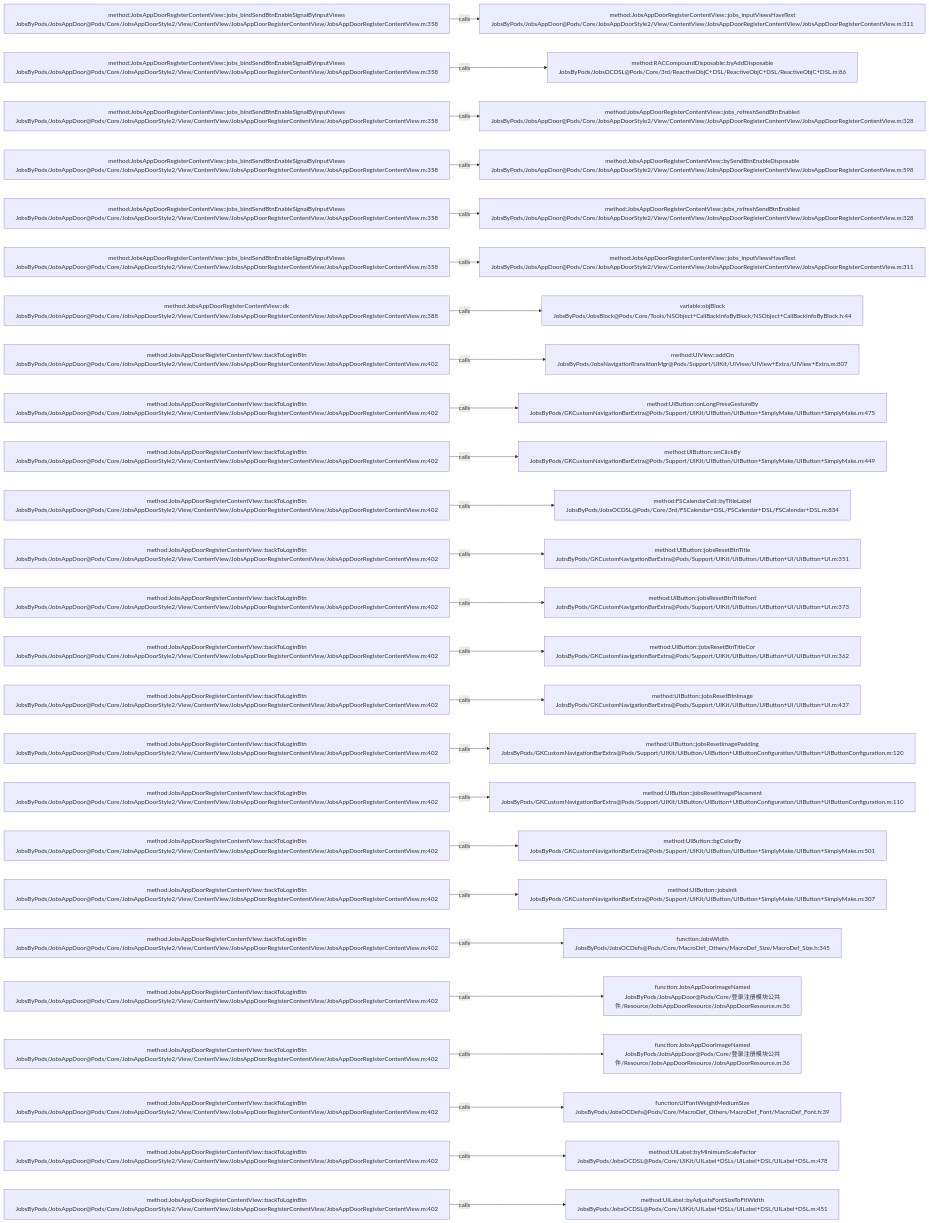
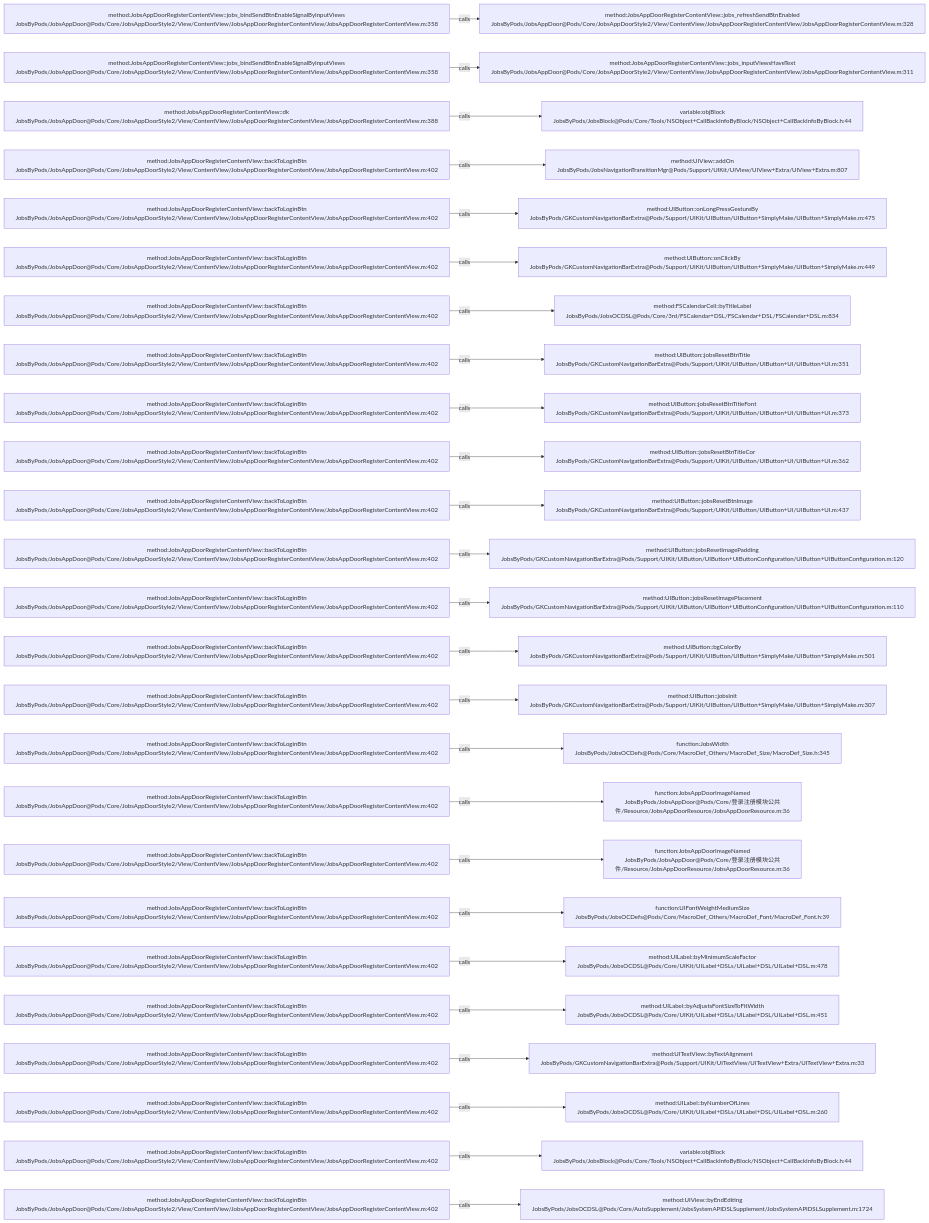
Before and after one commit to JobsKits/JobsOCBaseConfigDemo: the diagram in .codegraph/codegraph.md/graphs/calls-129.md, drawn with Mermaid. The commit also changed 116 other files, not shown here.

````diff
--- a/.codegraph/codegraph.md/graphs/calls-129.md
+++ b/.codegraph/codegraph.md/graphs/calls-129.md
@@ -13,78 +13,78 @@
 ```mermaid
 flowchart LR
   S1["method:JobsAppDoorRegisterContentView::jobs_bindSendBtnEnableSignalByInputViews<br/>JobsByPods/JobsAppDoor@Pods/Core/JobsAppDoorStyle2/View/ContentView/JobsAppDoorRegisterContentView/JobsAppDoorRegisterContentView.m:358"]
-  T1["method:JobsAppDoorRegisterContentView::jobs_inputViewsHaveText<br/>JobsByPods/JobsAppDoor@Pods/Core/JobsAppDoorStyle2/View/ContentView/JobsAppDoorRegisterContentView/JobsAppDoorRegisterContentView.m:311"]
+  T1["method:JobsAppDoorRegisterContentView::jobs_refreshSendBtnEnabled<br/>JobsByPods/JobsAppDoor@Pods/Core/JobsAppDoorStyle2/View/ContentView/JobsAppDoorRegisterContentView/JobsAppDoorRegisterContentView.m:328"]
   S1 -->|calls| T1
   S2["method:JobsAppDoorRegisterContentView::jobs_bindSendBtnEnableSignalByInputViews<br/>JobsByPods/JobsAppDoor@Pods/Core/JobsAppDoorStyle2/View/ContentView/JobsAppDoorRegisterContentView/JobsAppDoorRegisterContentView.m:358"]
-  T2["method:RACCompoundDisposable::byAddDisposable<br/>JobsByPods/JobsOCDSL@Pods/Core/3rd/ReactiveObjC+DSL/ReactiveObjC+DSL/ReactiveObjC+DSL.m:86"]
+  T2["method:JobsAppDoorRegisterContentView::jobs_inputViewsHaveText<br/>JobsByPods/JobsAppDoor@Pods/Core/JobsAppDoorStyle2/View/ContentView/JobsAppDoorRegisterContentView/JobsAppDoorRegisterContentView.m:311"]
   S2 -->|calls| T2
-  S3["method:JobsAppDoorRegisterContentView::jobs_bindSendBtnEnableSignalByInputViews<br/>JobsByPods/JobsAppDoor@Pods/Core/JobsAppDoorStyle2/View/ContentView/JobsAppDoorRegisterContentView/JobsAppDoorRegisterContentView.m:358"]
-  T3["method:JobsAppDoorRegisterContentView::jobs_refreshSendBtnEnabled<br/>JobsByPods/JobsAppDoor@Pods/Core/JobsAppDoorStyle2/View/ContentView/JobsAppDoorRegisterContentView/JobsAppDoorRegisterContentView.m:328"]
+  S3["method:JobsAppDoorRegisterContentView::dk<br/>JobsByPods/JobsAppDoor@Pods/Core/JobsAppDoorStyle2/View/ContentView/JobsAppDoorRegisterContentView/JobsAppDoorRegisterContentView.m:388"]
+  T3["variable:objBlock<br/>JobsByPods/JobsBlock@Pods/Core/Tools/NSObject+CallBackInfoByBlock/NSObject+CallBackInfoByBlock.h:44"]
   S3 -->|calls| T3
-  S4["method:JobsAppDoorRegisterContentView::jobs_bindSendBtnEnableSignalByInputViews<br/>JobsByPods/JobsAppDoor@Pods/Core/JobsAppDoorStyle2/View/ContentView/JobsAppDoorRegisterContentView/JobsAppDoorRegisterContentView.m:358"]
-  T4["method:JobsAppDoorRegisterContentView::bySendBtnEnableDisposable<br/>JobsByPods/JobsAppDoor@Pods/Core/JobsAppDoorStyle2/View/ContentView/JobsAppDoorRegisterContentView/JobsAppDoorRegisterContentView.m:598"]
+  S4["method:JobsAppDoorRegisterContentView::backToLoginBtn<br/>JobsByPods/JobsAppDoor@Pods/Core/JobsAppDoorStyle2/View/ContentView/JobsAppDoorRegisterContentView/JobsAppDoorRegisterContentView.m:402"]
+  T4["method:UIView::addOn<br/>JobsByPods/JobsNavigationTransitionMgr@Pods/Support/UIKit/UIView/UIView+Extra/UIView+Extra.m:807"]
   S4 -->|calls| T4
-  S5["method:JobsAppDoorRegisterContentView::jobs_bindSendBtnEnableSignalByInputViews<br/>JobsByPods/JobsAppDoor@Pods/Core/JobsAppDoorStyle2/View/ContentView/JobsAppDoorRegisterContentView/JobsAppDoorRegisterContentView.m:358"]
-  T5["method:JobsAppDoorRegisterContentView::jobs_refreshSendBtnEnabled<br/>JobsByPods/JobsAppDoor@Pods/Core/JobsAppDoorStyle2/View/ContentView/JobsAppDoorRegisterContentView/JobsAppDoorRegisterContentView.m:328"]
+  S5["method:JobsAppDoorRegisterContentView::backToLoginBtn<br/>JobsByPods/JobsAppDoor@Pods/Core/JobsAppDoorStyle2/View/ContentView/JobsAppDoorRegisterContentView/JobsAppDoorRegisterContentView.m:402"]
+  T5["method:UIButton::onLongPressGestureBy<br/>JobsByPods/GKCustomNavigationBarExtra@Pods/Support/UIKit/UIButton/UIButton+SimplyMake/UIButton+SimplyMake.m:475"]
   S5 -->|calls| T5
-  S6["method:JobsAppDoorRegisterContentView::jobs_bindSendBtnEnableSignalByInputViews<br/>JobsByPods/JobsAppDoor@Pods/Core/JobsAppDoorStyle2/View/ContentView/JobsAppDoorRegisterContentView/JobsAppDoorRegisterContentView.m:358"]
-  T6["method:JobsAppDoorRegisterContentView::jobs_inputViewsHaveText<br/>JobsByPods/JobsAppDoor@Pods/Core/JobsAppDoorStyle2/View/ContentView/JobsAppDoorRegisterContentView/JobsAppDoorRegisterContentView.m:311"]
+  S6["method:JobsAppDoorRegisterContentView::backToLoginBtn<br/>JobsByPods/JobsAppDoor@Pods/Core/JobsAppDoorStyle2/View/ContentView/JobsAppDoorRegisterContentView/JobsAppDoorRegisterContentView.m:402"]
+  T6["method:UIButton::onClickBy<br/>JobsByPods/GKCustomNavigationBarExtra@Pods/Support/UIKit/UIButton/UIButton+SimplyMake/UIButton+SimplyMake.m:449"]
   S6 -->|calls| T6
-  S7["method:JobsAppDoorRegisterContentView::dk<br/>JobsByPods/JobsAppDoor@Pods/Core/JobsAppDoorStyle2/View/ContentView/JobsAppDoorRegisterContentView/JobsAppDoorRegisterContentView.m:388"]
-  T7["variable:objBlock<br/>JobsByPods/JobsBlock@Pods/Core/Tools/NSObject+CallBackInfoByBlock/NSObject+CallBackInfoByBlock.h:44"]
+  S7["method:JobsAppDoorRegisterContentView::backToLoginBtn<br/>JobsByPods/JobsAppDoor@Pods/Core/JobsAppDoorStyle2/View/ContentView/JobsAppDoorRegisterContentView/JobsAppDoorRegisterContentView.m:402"]
+  T7["method:FSCalendarCell::byTitleLabel<br/>JobsByPods/JobsOCDSL@Pods/Core/3rd/FSCalendar+DSL/FSCalendar+DSL/FSCalendar+DSL.m:834"]
   S7 -->|calls| T7
   S8["method:JobsAppDoorRegisterContentView::backToLoginBtn<br/>JobsByPods/JobsAppDoor@Pods/Core/JobsAppDoorStyle2/View/ContentView/JobsAppDoorRegisterContentView/JobsAppDoorRegisterContentView.m:402"]
-  T8["method:UIView::addOn<br/>JobsByPods/JobsNavigationTransitionMgr@Pods/Support/UIKit/UIView/UIView+Extra/UIView+Extra.m:807"]
+  T8["method:UIButton::jobsResetBtnTitle<br/>JobsByPods/GKCustomNavigationBarExtra@Pods/Support/UIKit/UIButton/UIButton+UI/UIButton+UI.m:351"]
   S8 -->|calls| T8
   S9["method:JobsAppDoorRegisterContentView::backToLoginBtn<br/>JobsByPods/JobsAppDoor@Pods/Core/JobsAppDoorStyle2/View/ContentView/JobsAppDoorRegisterContentView/JobsAppDoorRegisterContentView.m:402"]
-  T9["method:UIButton::onLongPressGestureBy<br/>JobsByPods/GKCustomNavigationBarExtra@Pods/Support/UIKit/UIButton/UIButton+SimplyMake/UIButton+SimplyMake.m:475"]
+  T9["method:UIButton::jobsResetBtnTitleFont<br/>JobsByPods/GKCustomNavigationBarExtra@Pods/Support/UIKit/UIButton/UIButton+UI/UIButton+UI.m:373"]
   S9 -->|calls| T9
   S10["method:JobsAppDoorRegisterContentView::backToLoginBtn<br/>JobsByPods/JobsAppDoor@Pods/Core/JobsAppDoorStyle2/View/ContentView/JobsAppDoorRegisterContentView/JobsAppDoorRegisterContentView.m:402"]
-  T10["method:UIButton::onClickBy<br/>JobsByPods/GKCustomNavigationBarExtra@Pods/Support/UIKit/UIButton/UIButton+SimplyMake/UIButton+SimplyMake.m:449"]
+  T10["method:UIButton::jobsResetBtnTitleCor<br/>JobsByPods/GKCustomNavigationBarExtra@Pods/Support/UIKit/UIButton/UIButton+UI/UIButton+UI.m:362"]
   S10 -->|calls| T10
   S11["method:JobsAppDoorRegisterContentView::backToLoginBtn<br/>JobsByPods/JobsAppDoor@Pods/Core/JobsAppDoorStyle2/View/ContentView/JobsAppDoorRegisterContentView/JobsAppDoorRegisterContentView.m:402"]
-  T11["method:FSCalendarCell::byTitleLabel<br/>JobsByPods/JobsOCDSL@Pods/Core/3rd/FSCalendar+DSL/FSCalendar+DSL/FSCalendar+DSL.m:834"]
+  T11["method:UIButton::jobsResetBtnImage<br/>JobsByPods/GKCustomNavigationBarExtra@Pods/Support/UIKit/UIButton/UIButton+UI/UIButton+UI.m:437"]
   S11 -->|calls| T11
   S12["method:JobsAppDoorRegisterContentView::backToLoginBtn<br/>JobsByPods/JobsAppDoor@Pods/Core/JobsAppDoorStyle2/View/ContentView/JobsAppDoorRegisterContentView/JobsAppDoorRegisterContentView.m:402"]
-  T12["method:UIButton::jobsResetBtnTitle<br/>JobsByPods/GKCustomNavigationBarExtra@Pods/Support/UIKit/UIButton/UIButton+UI/UIButton+UI.m:351"]
+  T12["method:UIButton::jobsResetImagePadding<br/>JobsByPods/GKCustomNavigationBarExtra@Pods/Support/UIKit/UIButton/UIButton+UIButtonConfiguration/UIButton+UIButtonConfiguration.m:120"]
   S12 -->|calls| T12
   S13["method:JobsAppDoorRegisterContentView::backToLoginBtn<br/>JobsByPods/JobsAppDoor@Pods/Core/JobsAppDoorStyle2/View/ContentView/JobsAppDoorRegisterContentView/JobsAppDoorRegisterContentView.m:402"]
-  T13["method:UIButton::jobsResetBtnTitleFont<br/>JobsByPods/GKCustomNavigationBarExtra@Pods/Support/UIKit/UIButton/UIButton+UI/UIButton+UI.m:373"]
+  T13["method:UIButton::jobsResetImagePlacement<br/>JobsByPods/GKCustomNavigationBarExtra@Pods/Support/UIKit/UIButton/UIButton+UIButtonConfiguration/UIButton+UIButtonConfiguration.m:110"]
   S13 -->|calls| T13
   S14["method:JobsAppDoorRegisterContentView::backToLoginBtn<br/>JobsByPods/JobsAppDoor@Pods/Core/JobsAppDoorStyle2/View/ContentView/JobsAppDoorRegisterContentView/JobsAppDoorRegisterContentView.m:402"]
-  T14["method:UIButton::jobsResetBtnTitleCor<br/>JobsByPods/GKCustomNavigationBarExtra@Pods/Support/UIKit/UIButton/UIButton+UI/UIButton+UI.m:362"]
+  T14["method:UIButton::bgColorBy<br/>JobsByPods/GKCustomNavigationBarExtra@Pods/Support/UIKit/UIButton/UIButton+SimplyMake/UIButton+SimplyMake.m:501"]
   S14 -->|calls| T14
   S15["method:JobsAppDoorRegisterContentView::backToLoginBtn<br/>JobsByPods/JobsAppDoor@Pods/Core/JobsAppDoorStyle2/View/ContentView/JobsAppDoorRegisterContentView/JobsAppDoorRegisterContentView.m:402"]
-  T15["method:UIButton::jobsResetBtnImage<br/>JobsByPods/GKCustomNavigationBarExtra@Pods/Support/UIKit/UIButton/UIButton+UI/UIButton+UI.m:437"]
+  T15["method:UIButton::jobsInit<br/>JobsByPods/GKCustomNavigationBarExtra@Pods/Support/UIKit/UIButton/UIButton+SimplyMake/UIButton+SimplyMake.m:307"]
   S15 -->|calls| T15
   S16["method:JobsAppDoorRegisterContentView::backToLoginBtn<br/>JobsByPods/JobsAppDoor@Pods/Core/JobsAppDoorStyle2/View/ContentView/JobsAppDoorRegisterContentView/JobsAppDoorRegisterContentView.m:402"]
-  T16["method:UIButton::jobsResetImagePadding<br/>JobsByPods/GKCustomNavigationBarExtra@Pods/Support/UIKit/UIButton/UIButton+UIButtonConfiguration/UIButton+UIButtonConfiguration.m:120"]
+  T16["function:JobsWidth<br/>JobsByPods/JobsOCDefs@Pods/Core/MacroDef_Others/MacroDef_Size/MacroDef_Size.h:345"]
   S16 -->|calls| T16
   S17["method:JobsAppDoorRegisterContentView::backToLoginBtn<br/>JobsByPods/JobsAppDoor@Pods/Core/JobsAppDoorStyle2/View/ContentView/JobsAppDoorRegisterContentView/JobsAppDoorRegisterContentView.m:402"]
-  T17["method:UIButton::jobsResetImagePlacement<br/>JobsByPods/GKCustomNavigationBarExtra@Pods/Support/UIKit/UIButton/UIButton+UIButtonConfiguration/UIButton+UIButtonConfiguration.m:110"]
+  T17["function:JobsAppDoorImageNamed<br/>JobsByPods/JobsAppDoor@Pods/Core/登录注册模块公共件/Resource/JobsAppDoorResource/JobsAppDoorResource.m:36"]
   S17 -->|calls| T17
   S18["method:JobsAppDoorRegisterContentView::backToLoginBtn<br/>JobsByPods/JobsAppDoor@Pods/Core/JobsAppDoorStyle2/View/ContentView/JobsAppDoorRegisterContentView/JobsAppDoorRegisterContentView.m:402"]
-  T18["method:UIButton::bgColorBy<br/>JobsByPods/GKCustomNavigationBarExtra@Pods/Support/UIKit/UIButton/UIButton+SimplyMake/UIButton+SimplyMake.m:501"]
+  T18["function:JobsAppDoorImageNamed<br/>JobsByPods/JobsAppDoor@Pods/Core/登录注册模块公共件/Resource/JobsAppDoorResource/JobsAppDoorResource.m:36"]
   S18 -->|calls| T18
   S19["method:JobsAppDoorRegisterContentView::backToLoginBtn<br/>JobsByPods/JobsAppDoor@Pods/Core/JobsAppDoorStyle2/View/ContentView/JobsAppDoorRegisterContentView/JobsAppDoorRegisterContentView.m:402"]
-  T19["method:UIButton::jobsInit<br/>JobsByPods/GKCustomNavigationBarExtra@Pods/Support/UIKit/UIButton/UIButton+SimplyMake/UIButton+SimplyMake.m:307"]
+  T19["function:UIFontWeightMediumSize<br/>JobsByPods/JobsOCDefs@Pods/Core/MacroDef_Others/MacroDef_Font/MacroDef_Font.h:39"]
   S19 -->|calls| T19
   S20["method:JobsAppDoorRegisterContentView::backToLoginBtn<br/>JobsByPods/JobsAppDoor@Pods/Core/JobsAppDoorStyle2/View/ContentView/JobsAppDoorRegisterContentView/JobsAppDoorRegisterContentView.m:402"]
-  T20["function:JobsWidth<br/>JobsByPods/JobsOCDefs@Pods/Core/MacroDef_Others/MacroDef_Size/MacroDef_Size.h:345"]
+  T20["method:UILabel::byMinimumScaleFactor<br/>JobsByPods/JobsOCDSL@Pods/Core/UIKit/UILabel+DSLs/UILabel+DSL/UILabel+DSL.m:478"]
   S20 -->|calls| T20
   S21["method:JobsAppDoorRegisterContentView::backToLoginBtn<br/>JobsByPods/JobsAppDoor@Pods/Core/JobsAppDoorStyle2/View/ContentView/JobsAppDoorRegisterContentView/JobsAppDoorRegisterContentView.m:402"]
-  T21["function:JobsAppDoorImageNamed<br/>JobsByPods/JobsAppDoor@Pods/Core/登录注册模块公共件/Resource/JobsAppDoorResource/JobsAppDoorResource.m:36"]
+  T21["method:UILabel::byAdjustsFontSizeToFitWidth<br/>JobsByPods/JobsOCDSL@Pods/Core/UIKit/UILabel+DSLs/UILabel+DSL/UILabel+DSL.m:451"]
   S21 -->|calls| T21
   S22["method:JobsAppDoorRegisterContentView::backToLoginBtn<br/>JobsByPods/JobsAppDoor@Pods/Core/JobsAppDoorStyle2/View/ContentView/JobsAppDoorRegisterContentView/JobsAppDoorRegisterContentView.m:402"]
-  T22["function:JobsAppDoorImageNamed<br/>JobsByPods/JobsAppDoor@Pods/Core/登录注册模块公共件/Resource/JobsAppDoorResource/JobsAppDoorResource.m:36"]
+  T22["method:UITextView::byTextAlignment<br/>JobsByPods/GKCustomNavigationBarExtra@Pods/Support/UIKit/UITextView/UITextView+Extra/UITextView+Extra.m:33"]
   S22 -->|calls| T22
   S23["method:JobsAppDoorRegisterContentView::backToLoginBtn<br/>JobsByPods/JobsAppDoor@Pods/Core/JobsAppDoorStyle2/View/ContentView/JobsAppDoorRegisterContentView/JobsAppDoorRegisterContentView.m:402"]
-  T23["function:UIFontWeightMediumSize<br/>JobsByPods/JobsOCDefs@Pods/Core/MacroDef_Others/MacroDef_Font/MacroDef_Font.h:39"]
+  T23["method:UILabel::byNumberOfLines<br/>JobsByPods/JobsOCDSL@Pods/Core/UIKit/UILabel+DSLs/UILabel+DSL/UILabel+DSL.m:260"]
   S23 -->|calls| T23
   S24["method:JobsAppDoorRegisterContentView::backToLoginBtn<br/>JobsByPods/JobsAppDoor@Pods/Core/JobsAppDoorStyle2/View/ContentView/JobsAppDoorRegisterContentView/JobsAppDoorRegisterContentView.m:402"]
-  T24["method:UILabel::byMinimumScaleFactor<br/>JobsByPods/JobsOCDSL@Pods/Core/UIKit/UILabel+DSLs/UILabel+DSL/UILabel+DSL.m:478"]
+  T24["variable:objBlock<br/>JobsByPods/JobsBlock@Pods/Core/Tools/NSObject+CallBackInfoByBlock/NSObject+CallBackInfoByBlock.h:44"]
   S24 -->|calls| T24
   S25["method:JobsAppDoorRegisterContentView::backToLoginBtn<br/>JobsByPods/JobsAppDoor@Pods/Core/JobsAppDoorStyle2/View/ContentView/JobsAppDoorRegisterContentView/JobsAppDoorRegisterContentView.m:402"]
-  T25["method:UILabel::byAdjustsFontSizeToFitWidth<br/>JobsByPods/JobsOCDSL@Pods/Core/UIKit/UILabel+DSLs/UILabel+DSL/UILabel+DSL.m:451"]
+  T25["method:UIView::byEndEditing<br/>JobsByPods/JobsOCDSL@Pods/Core/AutoSupplement/JobsSystemAPIDSLSupplement/JobsSystemAPIDSLSupplement.m:1724"]
   S25 -->|calls| T25
 ```
````
